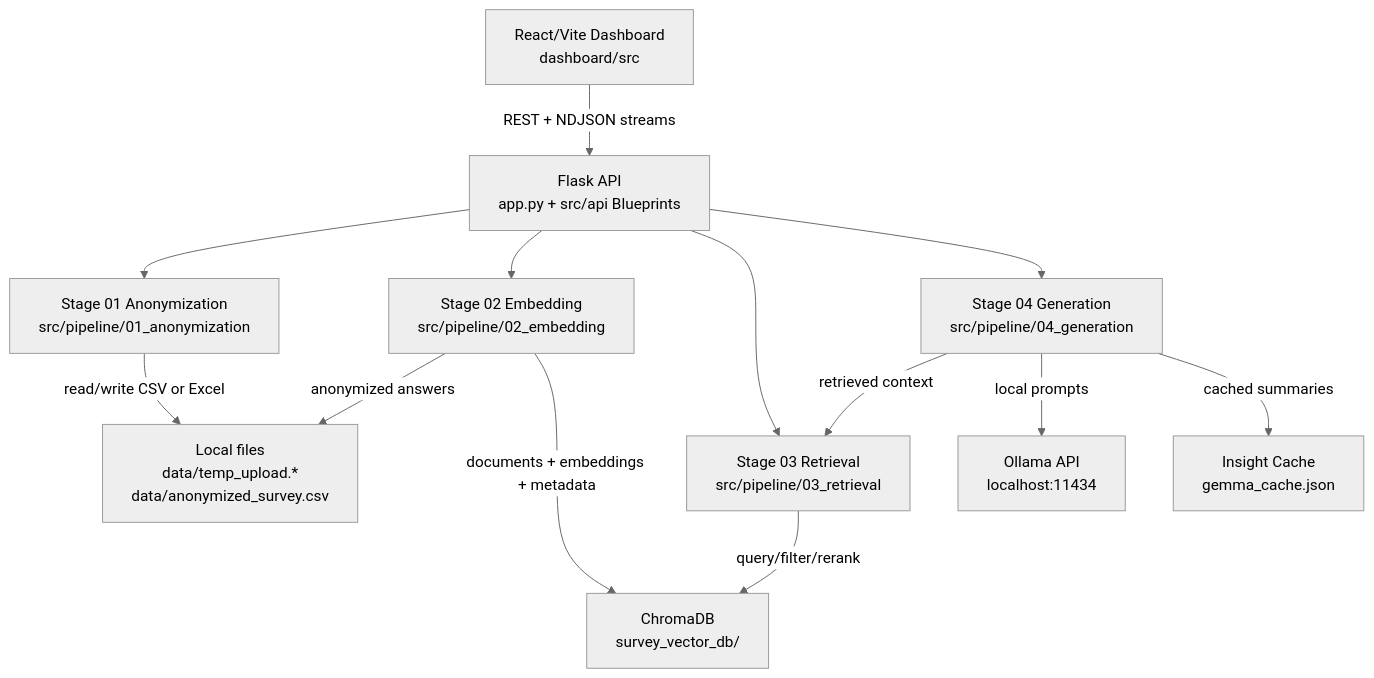
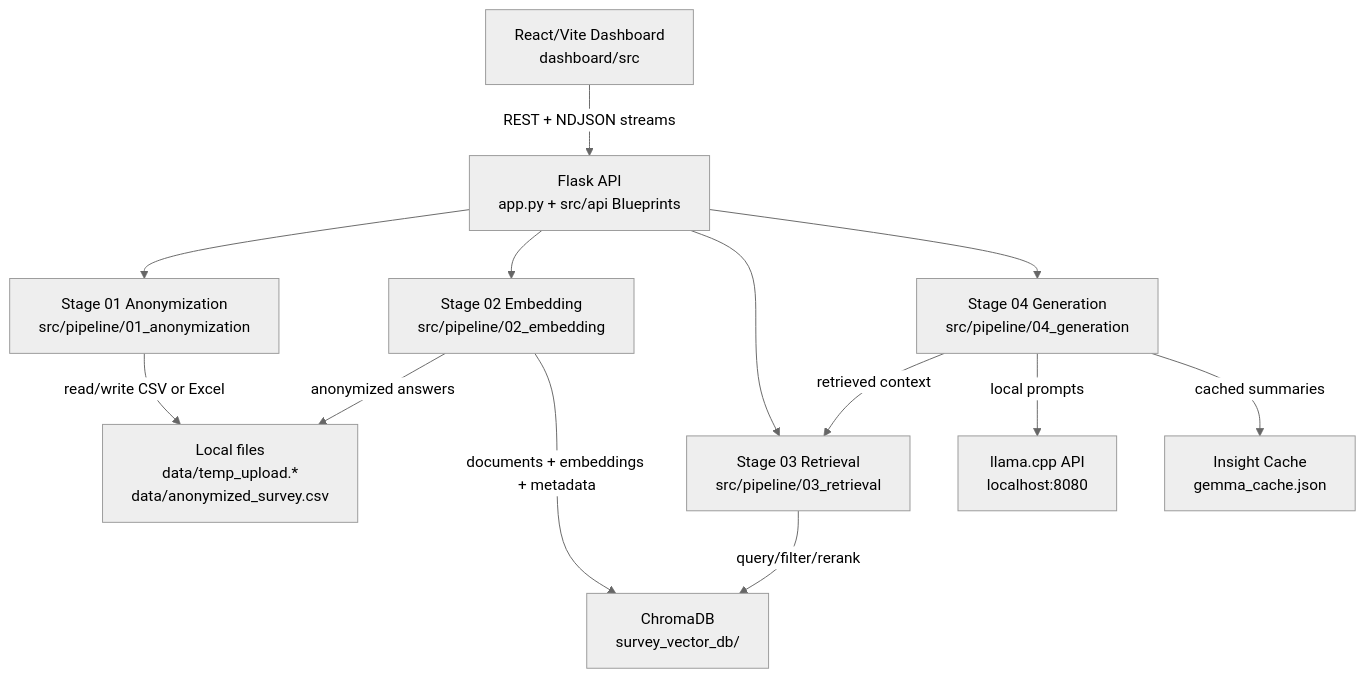
The second of 3 diagrams in README.md (NSE-Team-Fontys/Demo), drawn with Mermaid (neutral theme) before and after one commit. The commit also changed other lines of this file and 18 other files, not shown here.

Commit message:
fixed cache, llama.cpp is fully working

````diff
--- a/README.md
+++ b/README.md
@@ -140,26 +146,26 @@
 ```mermaid
 flowchart TB
     browser["React/Vite Dashboard\ndashboard/src"]
     flask["Flask API\napp.py + src/api Blueprints"]
     anonymization["Stage 01 Anonymization\nsrc/pipeline/01_anonymization"]
     embedding["Stage 02 Embedding\nsrc/pipeline/02_embedding"]
     retrieval["Stage 03 Retrieval\nsrc/pipeline/03_retrieval"]
     generation["Stage 04 Generation\nsrc/pipeline/04_generation"]
     chroma["ChromaDB\nsurvey_vector_db/"]
     cache["Insight Cache\ngemma_cache.json"]
     files["Local files\ndata/temp_upload.*\ndata/anonymized_survey.csv"]
-    ollama["Ollama API\nlocalhost:11434"]
+    llama["llama.cpp API\nlocalhost:8080"]
 
     browser -->|"REST + NDJSON streams"| flask
     flask --> anonymization
     flask --> embedding
     flask --> retrieval
     flask --> generation
     anonymization -->|"read/write CSV or Excel"| files
     embedding -->|"anonymized answers"| files
     embedding -->|"documents + embeddings + metadata"| chroma
     retrieval -->|"query/filter/rerank"| chroma
     generation -->|"retrieved context"| retrieval
-    generation -->|"local prompts"| ollama
+    generation -->|"local prompts"| llama
     generation -->|"cached summaries"| cache
 ```
````
